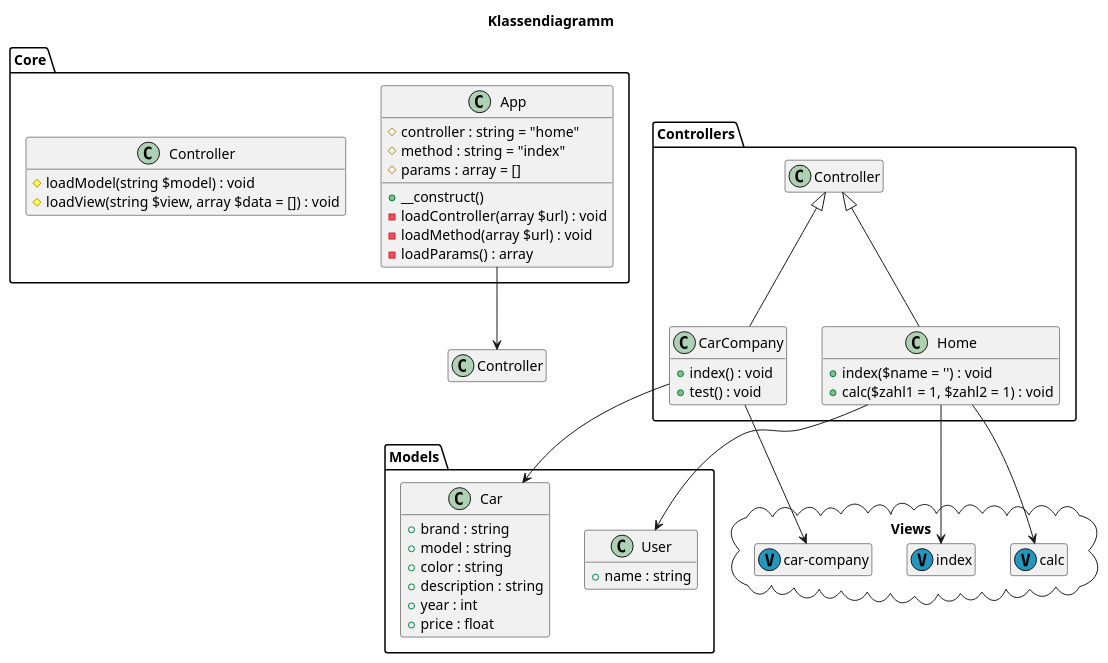
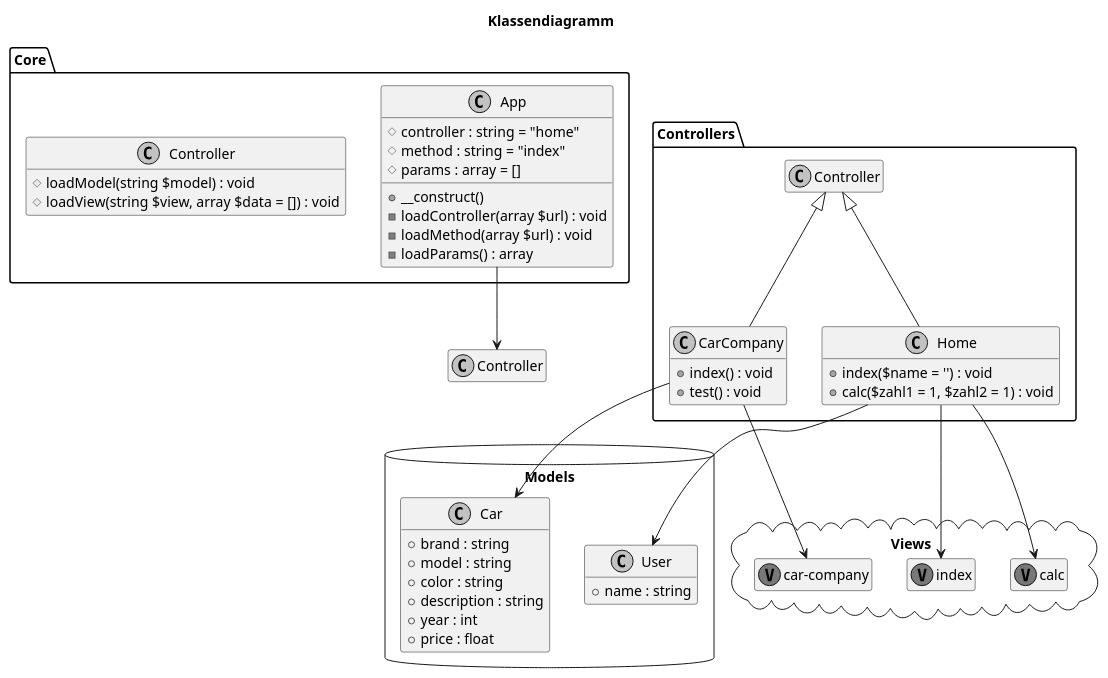
The diagram in docs/PHP/Framework/UML/Klassen.puml (bztfinformatik/lernportfolio-21r8390-php), drawn with PlantUML before and after one commit. The commit also changed 4 other files, not shown here.

```diff
--- a/docs/PHP/Framework/UML/Klassen.puml
+++ b/docs/PHP/Framework/UML/Klassen.puml
@@ -1,68 +1,69 @@
 @startuml "Klassendiagramm"
 title Klassendiagramm
 hide empty members
+skinparam monochrome true
 
 package "Core" {
     class App {
         # controller : string = "home"
         # method : string = "index"
         # params : array = []
 
         + __construct()
         - loadController(array $url) : void
         - loadMethod(array $url) : void
         - loadParams() : array
     }
 
     class Controller {
         # loadModel(string $model) : void
         # loadView(string $view, array $data = []) : void
     }
 }
 
 package "Controllers" {
     class Home extends Controller {
         + index($name = '') : void
         + calc($zahl1 = 1, $zahl2 = 1) : void
     }
 
     class CarCompany extends Controller {
         + index() : void
         + test() : void
     }
 }
 
-package "Models" {
+package "Models" <<Database>> {
     class Car {
         + brand : string
         + model : string
         + color : string
         + description : string
         + year : int
         + price : float
     }
 
     class User {
         + name : string
     }
 }
 
 package "Views" <<Cloud>> {
     class calc << (V,#2596be) >>
     class index << (V,#2596be) >>
     class "car-company" << (V,#2596be) >>
 }
 
 ' Verbindungen
 App --> Controller
 
 ' Controller - Model
 Home --> User
 "CarCompany" --> Car
 
 ' Controller - View
 Home --> index
 Home --> calc
 "CarCompany" --> "car-company"
 
 @enduml
```
